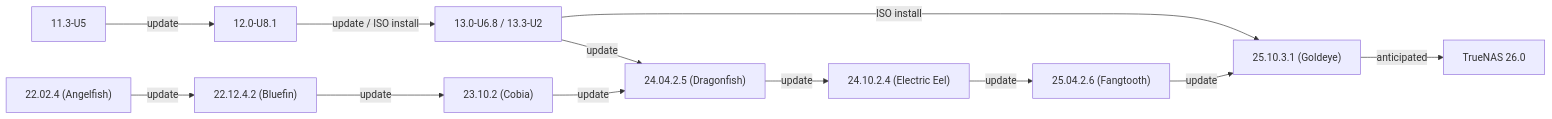
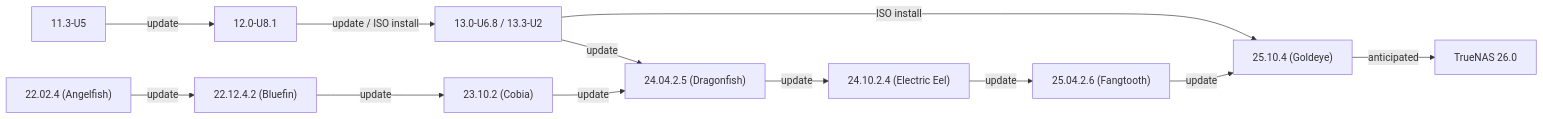
The first of 2 diagrams in static/includes/SCALEUpgradePaths.md (truenas/documentation), drawn with Mermaid before and after one commit. The commit also changed other lines of this file, not shown here.

```diff
--- a/static/includes/SCALEUpgradePaths.md
+++ b/static/includes/SCALEUpgradePaths.md
@@ -21,15 +21,15 @@
             {{< mermaid class="mermaid_sizing" >}}
             flowchart LR
               A["11.3-U5"] -->|update| B["12.0-U8.1"]
               B -->|"update / ISO install"| C["13.0-U6.8 / 13.3-U2"]
               C -->|update| G
               C -->|ISO install| J
               D["22.02.4 (Angelfish)"] -->|update| E
               E["22.12.4.2 (Bluefin)"] -->|update| F
               F["23.10.2 (Cobia)"] -->|update| G
               G["24.04.2.5 (Dragonfish)"] -->|update| H
               H["24.10.2.4 (Electric Eel)"] -->|update| I
               I["25.04.2.6 (Fangtooth)"] -->|update| J
-              J["25.10.3.1 (Goldeye)"] -->|"anticipated"| K
+              J["25.10.4 (Goldeye)"] -->|"anticipated"| K
               K["TrueNAS 26.0"]
             {{< /mermaid >}}
```
